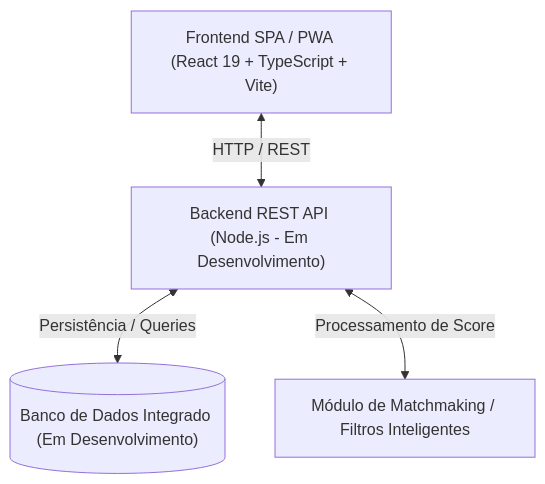
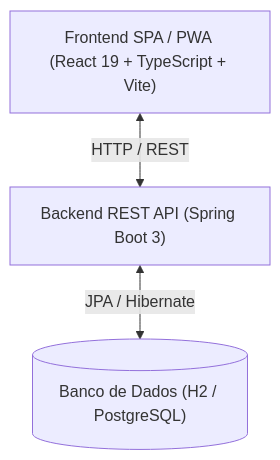
One commit to kiellzz/nexo changed the second of 2 diagrams in README.md. Above: the diagram before and after it, drawn with Mermaid. The commit also changed other lines of this file, not shown here.

````diff
--- a/README.md
+++ b/README.md
@@ -102,11 +102,9 @@
 ```mermaid
 flowchart TD
     Client["Frontend SPA / PWA (React 19 + TypeScript + Vite)"]
-    API["Backend REST API (Node.js - Em Desenvolvimento)"]
-    DB[("Banco de Dados Integrado (Em Desenvolvimento)")]
-    IA["Módulo de Matchmaking / Filtros Inteligentes"]
+    API["Backend REST API (Spring Boot 3)"]
+    DB[("Banco de Dados (H2 / PostgreSQL)")]
 
     Client <-->|"HTTP / REST"| API
-    API <-->|"Persistência / Queries"| DB
-    API <-->|"Processamento de Score"| IA
+    API <-->|"JPA / Hibernate"| DB
 ```
````
